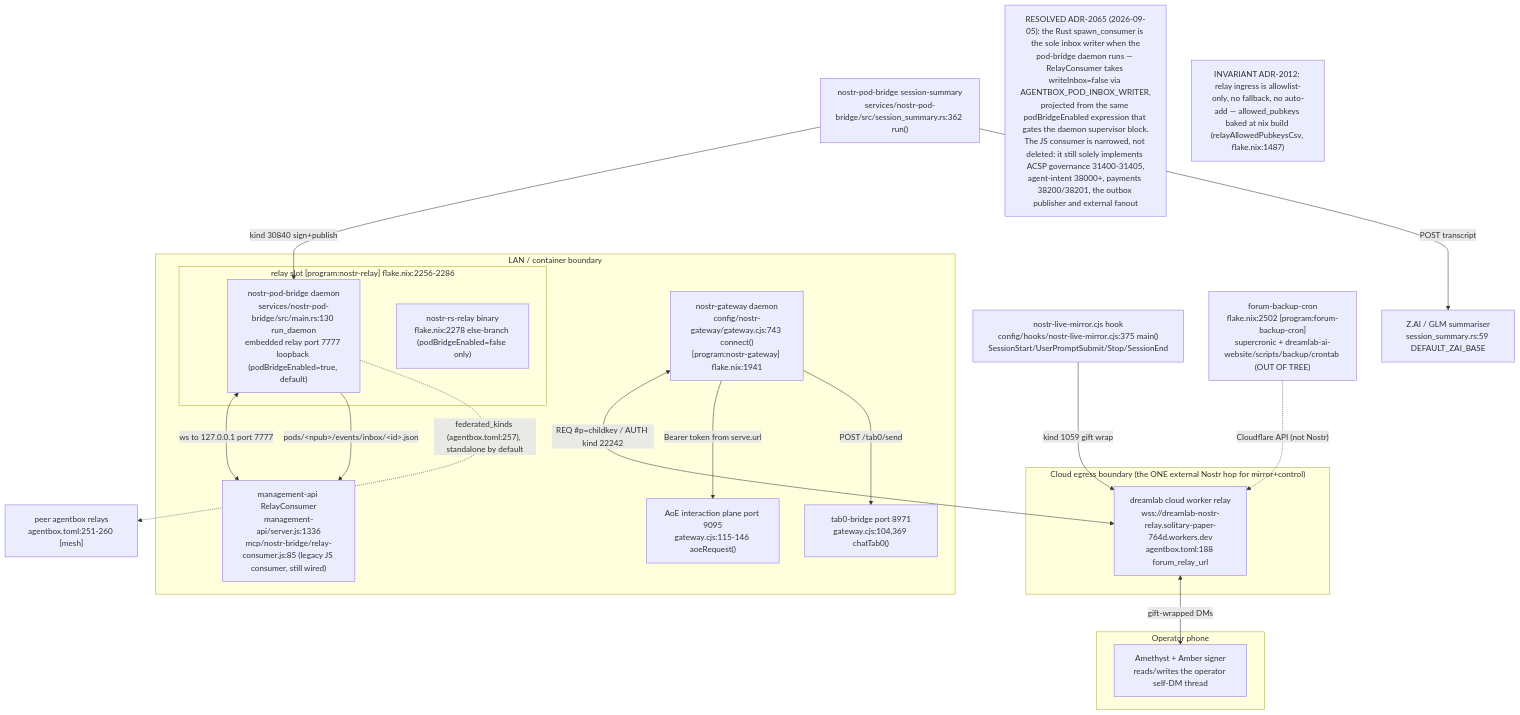
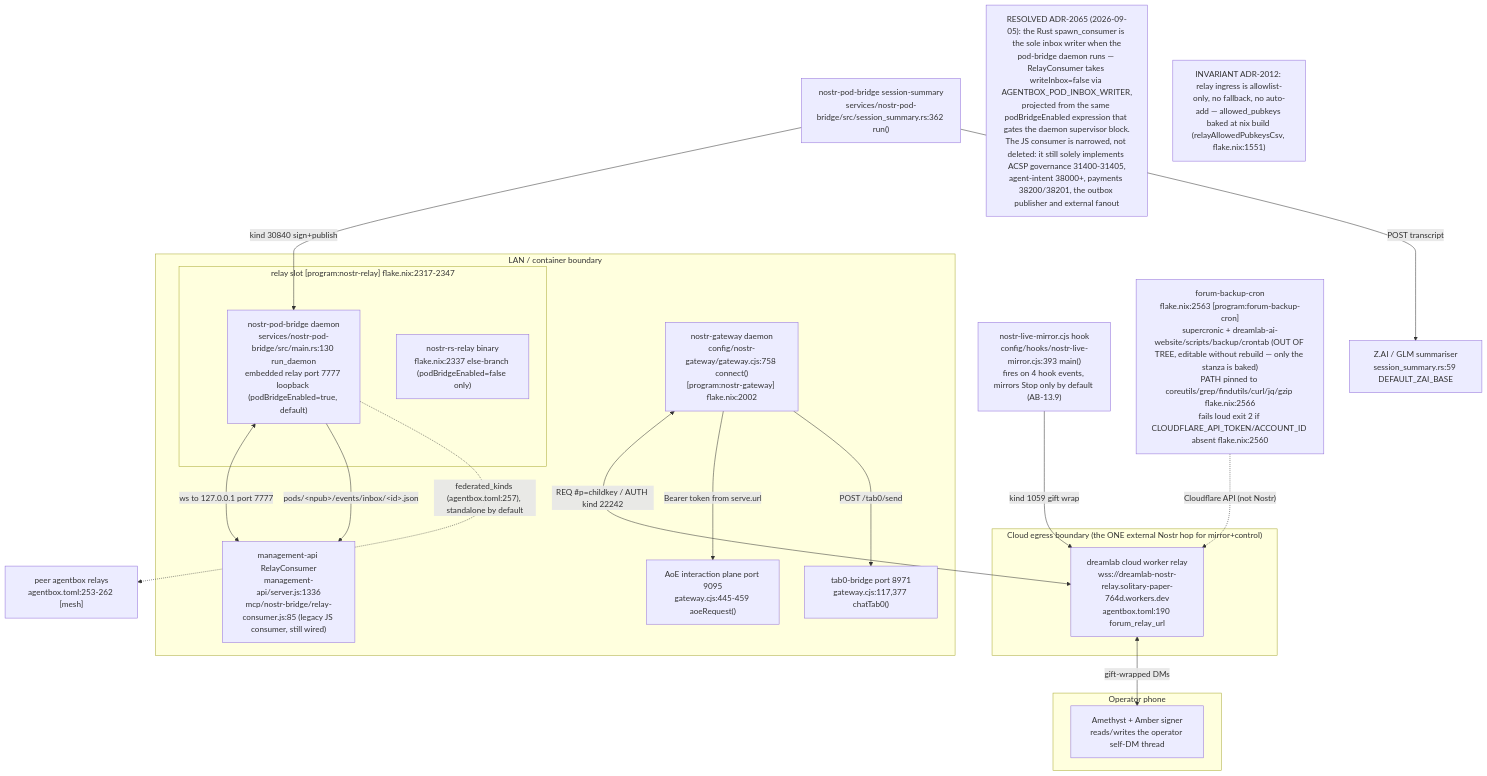
Before and after one commit to DreamLab-AI/VisionFlow: the first of 16 diagrams in docs/diagrams/agentbox/13-nostr-relay-gateway-bridge-mirror.md, drawn with Mermaid. The commit also changed other lines of this file and 136 other files, not shown here.

First line of the commit message:
docs(diagrams): refresh the whole corpus to code HEAD and prune low-value diagrams

````diff
--- a/docs/diagrams/agentbox/13-nostr-relay-gateway-bridge-mirror.md
+++ b/docs/diagrams/agentbox/13-nostr-relay-gateway-bridge-mirror.md
@@ -43,39 +43,39 @@
 ```mermaid
 flowchart TB
     subgraph lan["LAN / container boundary"]
-        subgraph relayslot["relay slot [program:nostr-relay] flake.nix:2256-2286"]
+        subgraph relayslot["relay slot [program:nostr-relay] flake.nix:2317-2347"]
             PB["nostr-pod-bridge daemon<br/>services/nostr-pod-bridge/src/main.rs:130 run_daemon<br/>embedded relay port 7777 loopback (podBridgeEnabled=true, default)"]
-            RS["nostr-rs-relay binary<br/>flake.nix:2278 else-branch (podBridgeEnabled=false only)"]
+            RS["nostr-rs-relay binary<br/>flake.nix:2337 else-branch (podBridgeEnabled=false only)"]
         end
-        GW["nostr-gateway daemon<br/>config/nostr-gateway/gateway.cjs:743 connect()<br/>[program:nostr-gateway] flake.nix:1941"]
+        GW["nostr-gateway daemon<br/>config/nostr-gateway/gateway.cjs:758 connect()<br/>[program:nostr-gateway] flake.nix:2002"]
         MGMT["management-api RelayConsumer<br/>management-api/server.js:1336<br/>mcp/nostr-bridge/relay-consumer.js:85 (legacy JS consumer, still wired)"]
-        AOE["AoE interaction plane port 9095<br/>gateway.cjs:115-146 aoeRequest()"]
-        TAB0["tab0-bridge port 8971<br/>gateway.cjs:104,369 chatTab0()"]
+        AOE["AoE interaction plane port 9095<br/>gateway.cjs:445-459 aoeRequest()"]
+        TAB0["tab0-bridge port 8971<br/>gateway.cjs:117,377 chatTab0()"]
     end
     subgraph cloud["Cloud egress boundary (the ONE external Nostr hop for mirror+control)"]
-        CLOUD["dreamlab cloud worker relay<br/>wss://dreamlab-nostr-relay.solitary-paper-764d.workers.dev<br/>agentbox.toml:188 forum_relay_url"]
+        CLOUD["dreamlab cloud worker relay<br/>wss://dreamlab-nostr-relay.solitary-paper-764d.workers.dev<br/>agentbox.toml:190 forum_relay_url"]
     end
     subgraph phone["Operator phone"]
         AME["Amethyst + Amber signer<br/>reads/writes the operator self-DM thread"]
     end
-    MIRROR["nostr-live-mirror.cjs hook<br/>config/hooks/nostr-live-mirror.cjs:375 main()<br/>SessionStart/UserPromptSubmit/Stop/SessionEnd"]
+    MIRROR["nostr-live-mirror.cjs hook<br/>config/hooks/nostr-live-mirror.cjs:393 main()<br/>fires on 4 hook events, mirrors Stop only by default (AB-13.9)"]
     DIGEST["nostr-pod-bridge session-summary<br/>services/nostr-pod-bridge/src/session_summary.rs:362 run()"]
     ZAI["Z.AI / GLM summariser<br/>session_summary.rs:59 DEFAULT_ZAI_BASE"]
-    FORUM["forum-backup-cron<br/>flake.nix:2502 [program:forum-backup-cron]<br/>supercronic + dreamlab-ai-website/scripts/backup/crontab (OUT OF TREE)"]
-    MESH["peer agentbox relays<br/>agentbox.toml:251-260 [mesh]"]
+    FORUM["forum-backup-cron<br/>flake.nix:2563 [program:forum-backup-cron]<br/>supercronic + dreamlab-ai-website/scripts/backup/crontab (OUT OF TREE, editable without rebuild — only the stanza is baked)<br/>PATH pinned to coreutils/grep/findutils/curl/jq/gzip flake.nix:2566<br/>fails loud exit 2 if CLOUDFLARE_API_TOKEN/ACCOUNT_ID absent flake.nix:2560"]
+    MESH["peer agentbox relays<br/>agentbox.toml:253-262 [mesh]"]
 
     MIRROR -->|"kind 1059 gift wrap"| CLOUD
     GW <-->|"REQ #p=childkey / AUTH kind 22242"| CLOUD
     CLOUD <-->|"gift-wrapped DMs"| AME
     DIGEST -->|"kind 30840 sign+publish"| PB
     DIGEST -->|"POST transcript"| ZAI
     PB <-->|"ws to 127.0.0.1 port 7777"| MGMT
     PB -->|"pods/&lt;npub&gt;/events/inbox/&lt;id&gt;.json"| MGMT
     GW -->|"Bearer token from serve.url"| AOE
     GW -->|"POST /tab0/send"| TAB0
     PB -.->|"federated_kinds (agentbox.toml:257), standalone by default"| MESH
     FORUM -.->|"Cloudflare API (not Nostr)"| CLOUD
 
 N1["RESOLVED ADR-2065 (2026-09-05): the Rust spawn_consumer is the sole inbox writer when the<br/>pod-bridge daemon runs — RelayConsumer takes writeInbox=false via AGENTBOX_POD_INBOX_WRITER,<br/>projected from the same podBridgeEnabled expression that gates the daemon supervisor block.<br/>The JS consumer is narrowed, not deleted: it still solely implements ACSP governance 31400-31405,<br/>agent-intent 38000+, payments 38200/38201, the outbox publisher and external fanout"]
-    N2["INVARIANT ADR-2012: relay ingress is allowlist-only, no fallback, no auto-add — allowed_pubkeys baked at nix build (relayAllowedPubkeysCsv, flake.nix:1487)"]
+    N2["INVARIANT ADR-2012: relay ingress is allowlist-only, no fallback, no auto-add — allowed_pubkeys baked at nix build (relayAllowedPubkeysCsv, flake.nix:1551)"]
 ```
````
